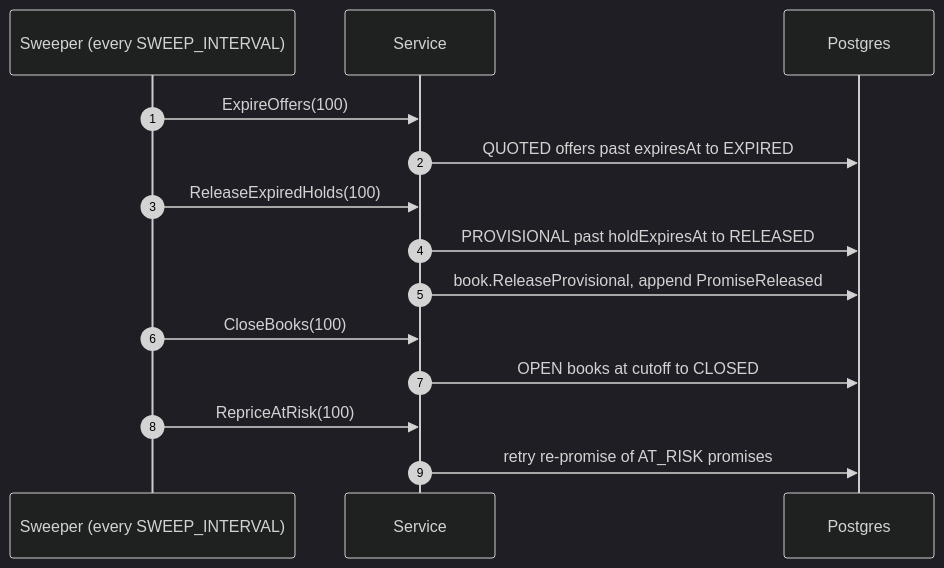
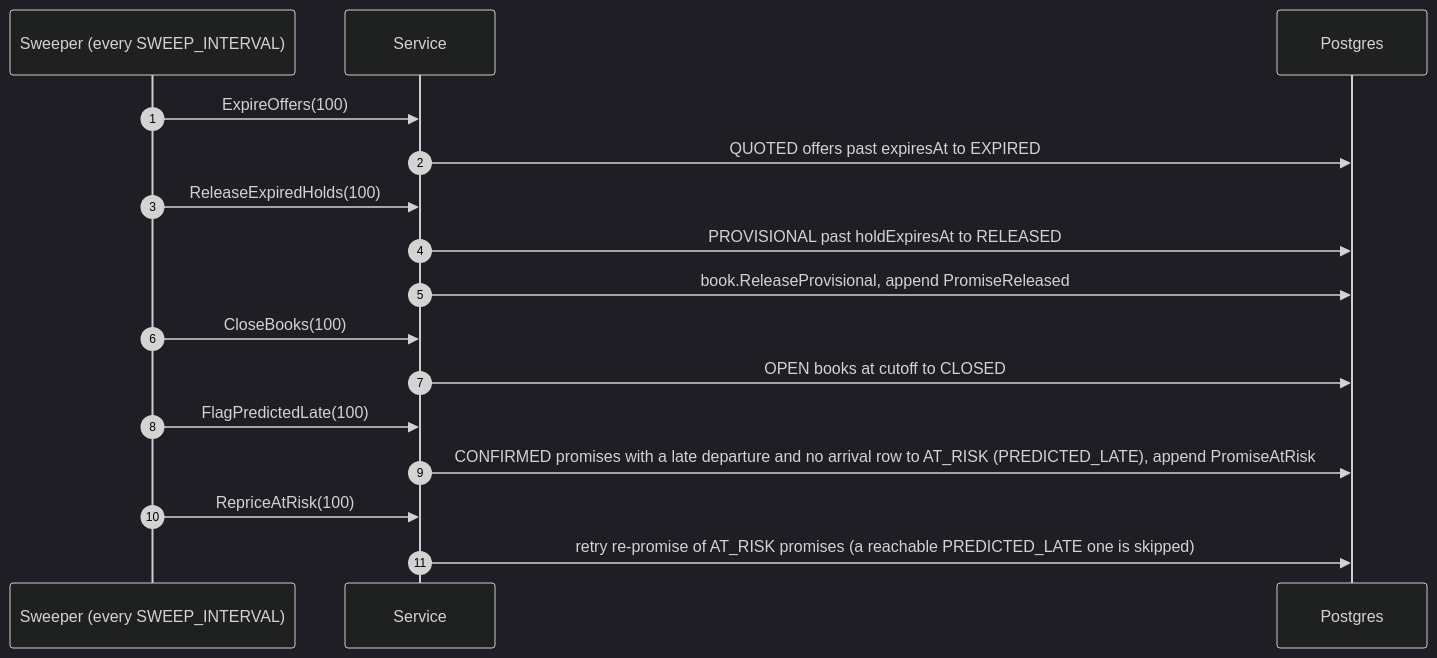
One commit to IQVO/delivery-promise changed the eighth of 9 diagrams in docs/docs/ddd/sequence-diagrams.md. Above: the diagram before and after it, drawn with Mermaid (dark theme). The commit also changed other lines of this file and 20 other files, not shown here.

Commit message:
docs(spec): PREDICTED_LATE reason, optional departureId on the consumed load events, late-risk metrics (ADR 0021)

````diff
--- a/docs/docs/ddd/sequence-diagrams.md
+++ b/docs/docs/ddd/sequence-diagrams.md
@@ -200,16 +200,18 @@
 ```mermaid
 sequenceDiagram
   autonumber
   participant SW as Sweeper (every SWEEP_INTERVAL)
   participant S as Service
   participant DB as Postgres
   SW->>S: ExpireOffers(100)
   S->>DB: QUOTED offers past expiresAt to EXPIRED
   SW->>S: ReleaseExpiredHolds(100)
   S->>DB: PROVISIONAL past holdExpiresAt to RELEASED
   S->>DB: book.ReleaseProvisional, append PromiseReleased
   SW->>S: CloseBooks(100)
   S->>DB: OPEN books at cutoff to CLOSED
+  SW->>S: FlagPredictedLate(100)
+  S->>DB: CONFIRMED promises with a late departure and no arrival row to AT_RISK (PREDICTED_LATE), append PromiseAtRisk
   SW->>S: RepriceAtRisk(100)
-  S->>DB: retry re-promise of AT_RISK promises
+  S->>DB: retry re-promise of AT_RISK promises (a reachable PREDICTED_LATE one is skipped)
 ```
````
